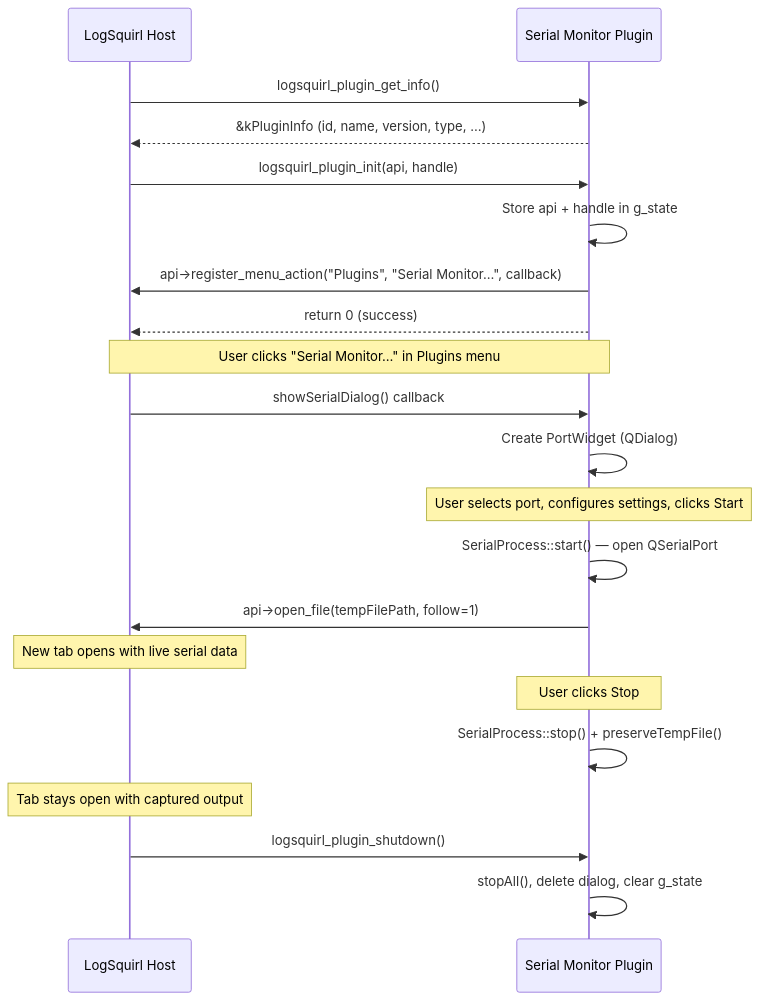
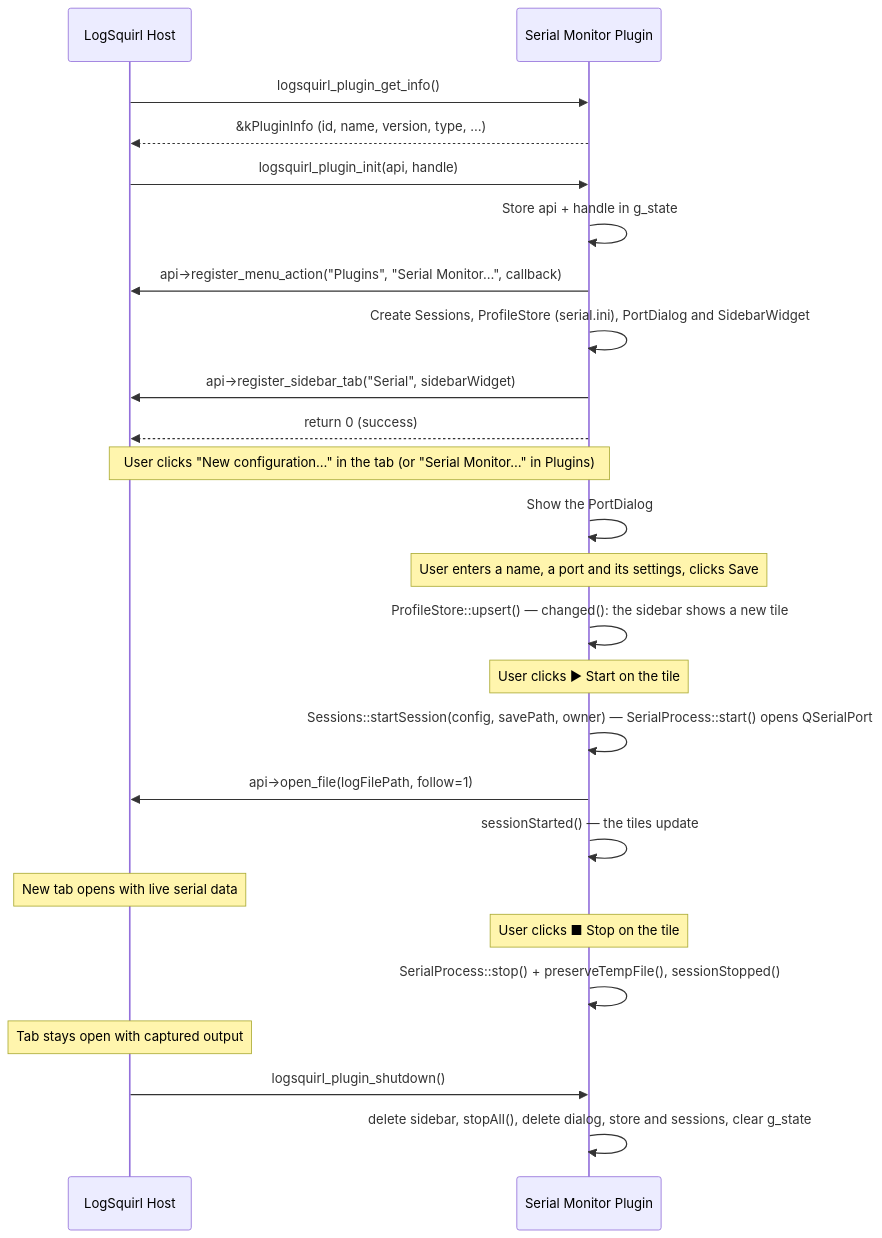
Before and after one commit to 64x-lunicorn/LogSquirl-Serial: the first of 2 diagrams in docs/DEVELOPER_GUIDE.md, drawn with Mermaid. The commit also changed other lines of this file and 31 other files, not shown here.

First line of the commit message:
Saved port configurations as tiles, with live details, Rotate and Send (#54)

````diff
--- a/docs/DEVELOPER_GUIDE.md
+++ b/docs/DEVELOPER_GUIDE.md
@@ -24,34 +24,38 @@
 ```mermaid
 sequenceDiagram
     participant Host as LogSquirl Host
     participant Plugin as Serial Monitor Plugin
 
     Host->>Plugin: logsquirl_plugin_get_info()
     Plugin-->>Host: &kPluginInfo (id, name, version, type, …)
 
     Host->>Plugin: logsquirl_plugin_init(api, handle)
     Plugin->>Plugin: Store api + handle in g_state
     Plugin->>Host: api->register_menu_action("Plugins", "Serial Monitor…", callback)
+    Plugin->>Plugin: Create Sessions, ProfileStore (serial.ini), PortDialog and SidebarWidget
+    Plugin->>Host: api->register_sidebar_tab("Serial", sidebarWidget)
     Plugin-->>Host: return 0 (success)
 
-    Note over Host,Plugin: User clicks "Serial Monitor…" in Plugins menu
+    Note over Host,Plugin: User clicks "New configuration…" in the tab (or "Serial Monitor…" in Plugins)
 
-    Host->>Plugin: showSerialDialog() callback
-    Plugin->>Plugin: Create PortWidget (QDialog)
+    Plugin->>Plugin: Show the PortDialog
+    Note over Plugin: User enters a name, a port and its settings, clicks Save
+    Plugin->>Plugin: ProfileStore::upsert() — changed(): the sidebar shows a new tile
 
-    Note over Plugin: User selects port, configures settings, clicks Start
+    Note over Plugin: User clicks ▶ Start on the tile
 
-    Plugin->>Plugin: SerialProcess::start() — open QSerialPort
-    Plugin->>Host: api->open_file(tempFilePath, follow=1)
+    Plugin->>Plugin: Sessions::startSession(config, savePath, owner) — SerialProcess::start() opens QSerialPort
+    Plugin->>Host: api->open_file(logFilePath, follow=1)
+    Plugin->>Plugin: sessionStarted() — the tiles update
 
     Note over Host: New tab opens with live serial data
 
-    Note over Plugin: User clicks Stop
+    Note over Plugin: User clicks ■ Stop on the tile
 
-    Plugin->>Plugin: SerialProcess::stop() + preserveTempFile()
+    Plugin->>Plugin: SerialProcess::stop() + preserveTempFile(), sessionStopped()
 
     Note over Host: Tab stays open with captured output
 
     Host->>Plugin: logsquirl_plugin_shutdown()
-    Plugin->>Plugin: stopAll(), delete dialog, clear g_state
+    Plugin->>Plugin: delete sidebar, stopAll(), delete dialog, store and sessions, clear g_state
 ```
````
